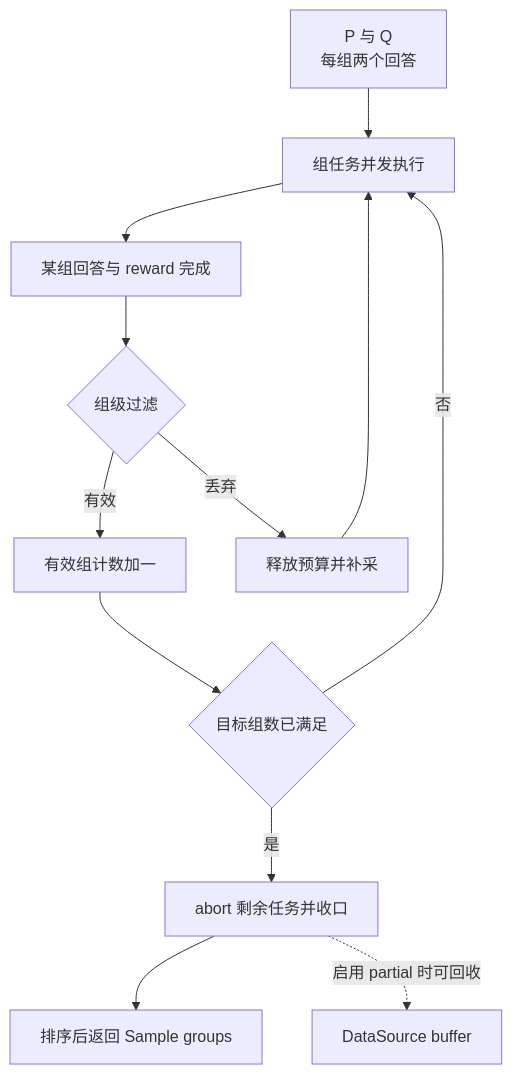
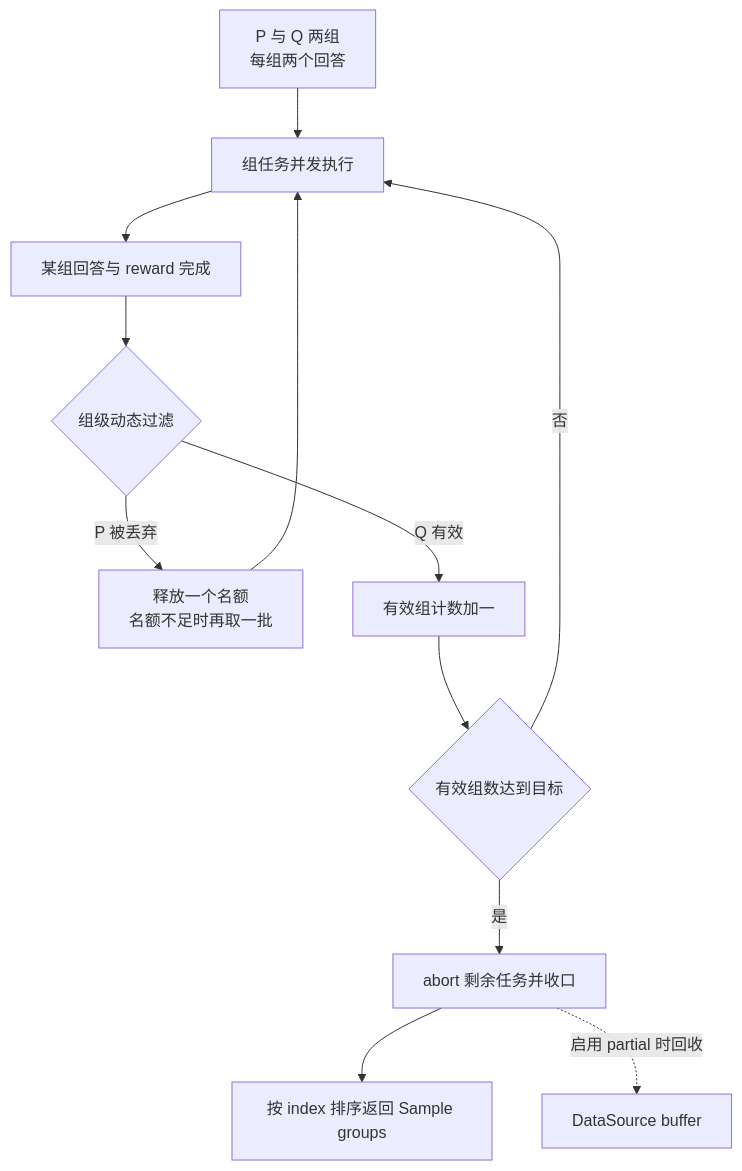
One commit to suhaibo666/llm-knowledge changed the fifth of 11 diagrams in wiki/02_engineering/04_posttrain_frameworks/slime/01_slime_architecture_overview_analysis.md. Above: the diagram before and after it, drawn with Mermaid. The commit also changed other lines of this file and 223 other files, not shown here.

````diff
--- a/wiki/02_engineering/04_posttrain_frameworks/slime/01_slime_architecture_overview_analysis.md
+++ b/wiki/02_engineering/04_posttrain_frameworks/slime/01_slime_architecture_overview_analysis.md
@@ -262,14 +323,14 @@
 ```mermaid
 flowchart TB
-    Groups["P 与 Q<br/>每组两个回答"] --> Pending["组任务并发执行"]
+    Groups["P 与 Q 两组<br/>每组两个回答"] --> Pending["组任务并发执行"]
     Pending --> Done["某组回答与 reward 完成"]
-    Done --> Filter{"组级过滤"}
-    Filter -->|有效| Keep["有效组计数加一"]
-    Filter -->|丢弃| Refill["释放预算并补采"]
+    Done --> Filter{"组级动态过滤"}
+    Filter -->|P 被丢弃| Refill["释放一个名额<br/>名额不足时再取一批"]
     Refill --> Pending
-    Keep --> Target{"目标组数已满足"}
+    Filter -->|Q 有效| Keep["有效组计数加一"]
+    Keep --> Target{"有效组数达到目标"}
     Target -->|否| Pending
     Target -->|是| Settle["abort 剩余任务并收口"]
-    Settle --> Out["排序后返回 Sample groups"]
-    Settle -.->|启用 partial 时可回收| Buffer["DataSource buffer"]
+    Settle --> Out["按 index 排序返回 Sample groups"]
+    Settle -.->|启用 partial 时回收| Buffer["DataSource buffer"]
 ```
````
